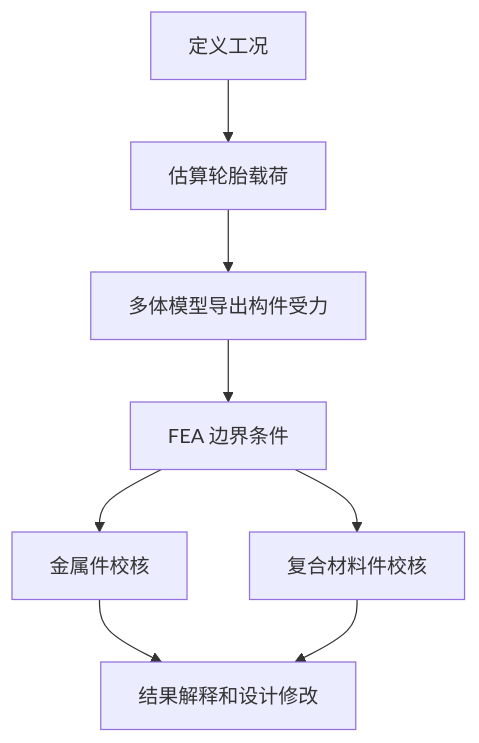
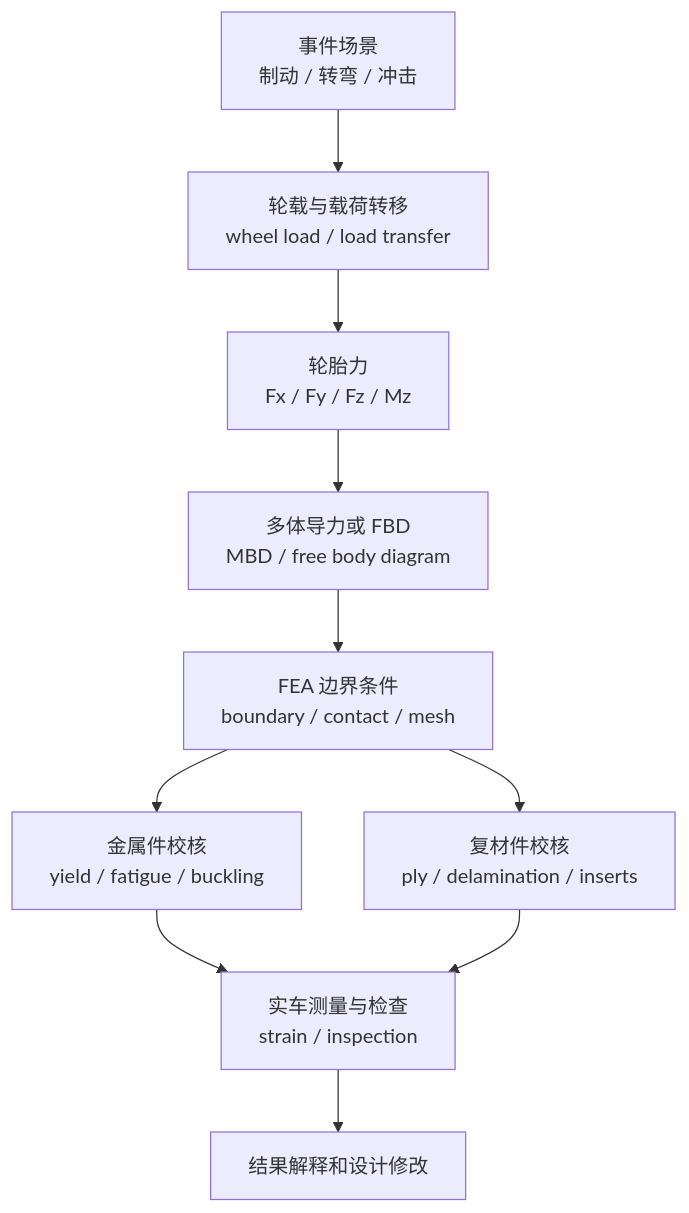
One commit to onebulletkick/suspension_opensource changed the diagram in docs/07-loads-and-structure-check.md. Above: the diagram before and after it, drawn with Mermaid. The commit also changed other lines of this file and 2 other files, not shown here.

````diff
--- a/docs/07-loads-and-structure-check.md
+++ b/docs/07-loads-and-structure-check.md
@@ -9,10 +9,12 @@
 ```mermaid
 flowchart TD
-  A["定义工况"] --> B["估算轮胎载荷"]
-  B --> C["多体模型导出构件受力"]
-  C --> D["FEA 边界条件"]
-  D --> E["金属件校核"]
-  D --> F["复合材料件校核"]
-  E --> G["结果解释和设计修改"]
-  F --> G
+  A["事件场景<br>制动 / 转弯 / 冲击"] --> B["轮载与载荷转移<br>wheel load / load transfer"]
+  B --> C["轮胎力<br>Fx / Fy / Fz / Mz"]
+  C --> D["多体导力或 FBD<br>MBD / free body diagram"]
+  D --> E["FEA 边界条件<br>boundary / contact / mesh"]
+  E --> F["金属件校核<br>yield / fatigue / buckling"]
+  E --> G["复材件校核<br>ply / delamination / inserts"]
+  F --> H["实车测量与检查<br>strain / inspection"]
+  G --> H
+  H --> I["结果解释和设计修改"]
 ```
````
